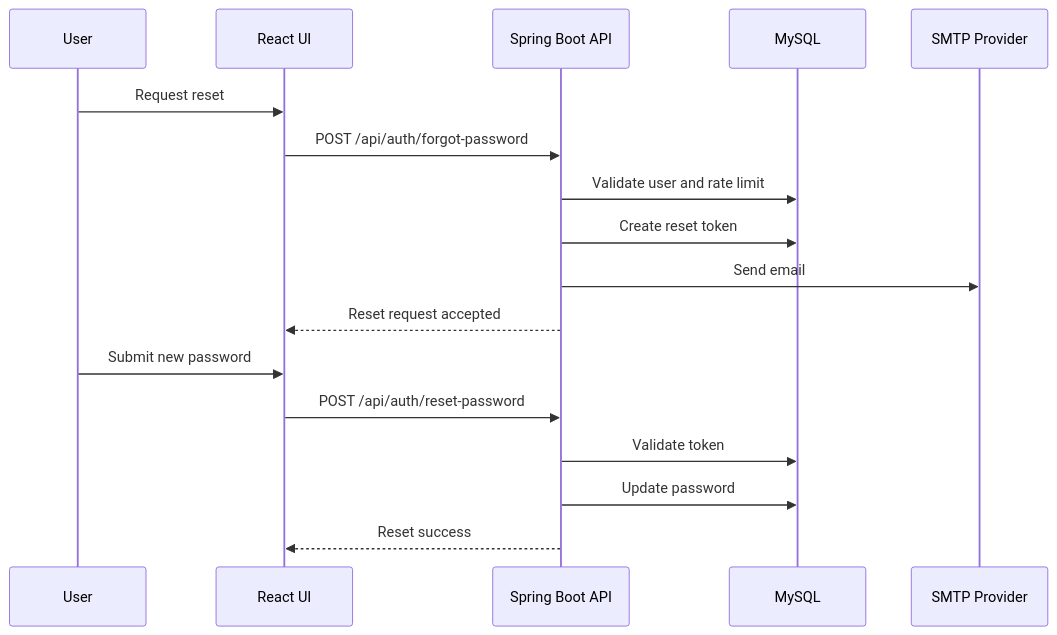
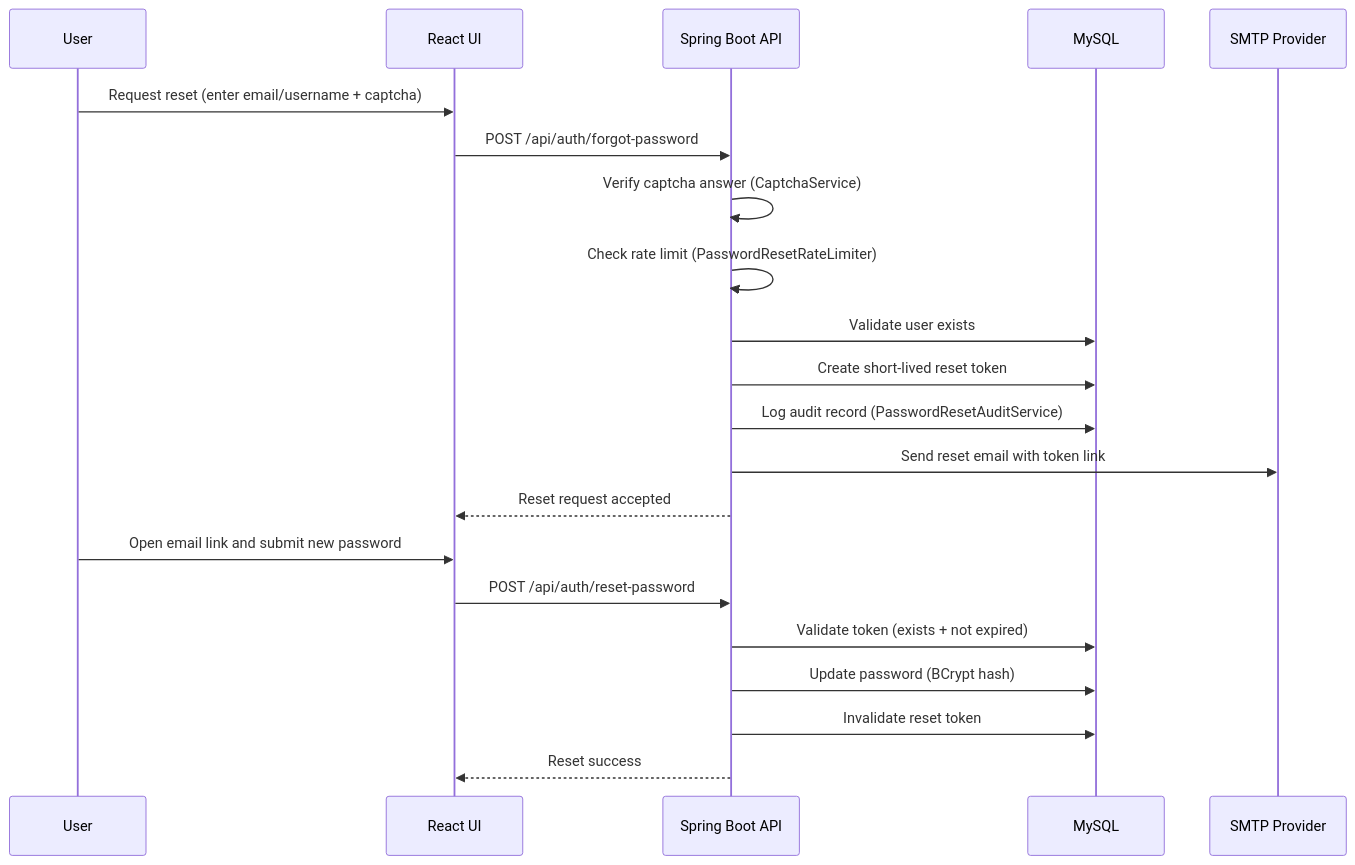
Before and after one commit to annnuuupam/NexCart: the ninth of 12 diagrams in WORKFLOW.md, drawn with Mermaid. The commit also changed other lines of this file and 41 other files, not shown here.

````diff
--- a/WORKFLOW.md
+++ b/WORKFLOW.md
@@ -125,21 +162,25 @@
 ```mermaid
 sequenceDiagram
   participant U as User
   participant FE as React UI
   participant BE as Spring Boot API
   participant DB as MySQL
   participant SMTP as SMTP Provider
 
-  U->>FE: Request reset
+  U->>FE: Request reset (enter email/username + captcha)
   FE->>BE: POST /api/auth/forgot-password
-  BE->>DB: Validate user and rate limit
-  BE->>DB: Create reset token
-  BE->>SMTP: Send email
+  BE->>BE: Verify captcha answer (CaptchaService)
+  BE->>BE: Check rate limit (PasswordResetRateLimiter)
+  BE->>DB: Validate user exists
+  BE->>DB: Create short-lived reset token
+  BE->>DB: Log audit record (PasswordResetAuditService)
+  BE->>SMTP: Send reset email with token link
   BE-->>FE: Reset request accepted
 
-  U->>FE: Submit new password
+  U->>FE: Open email link and submit new password
   FE->>BE: POST /api/auth/reset-password
-  BE->>DB: Validate token
-  BE->>DB: Update password
+  BE->>DB: Validate token (exists + not expired)
+  BE->>DB: Update password (BCrypt hash)
+  BE->>DB: Invalidate reset token
   BE-->>FE: Reset success
 ```
````
